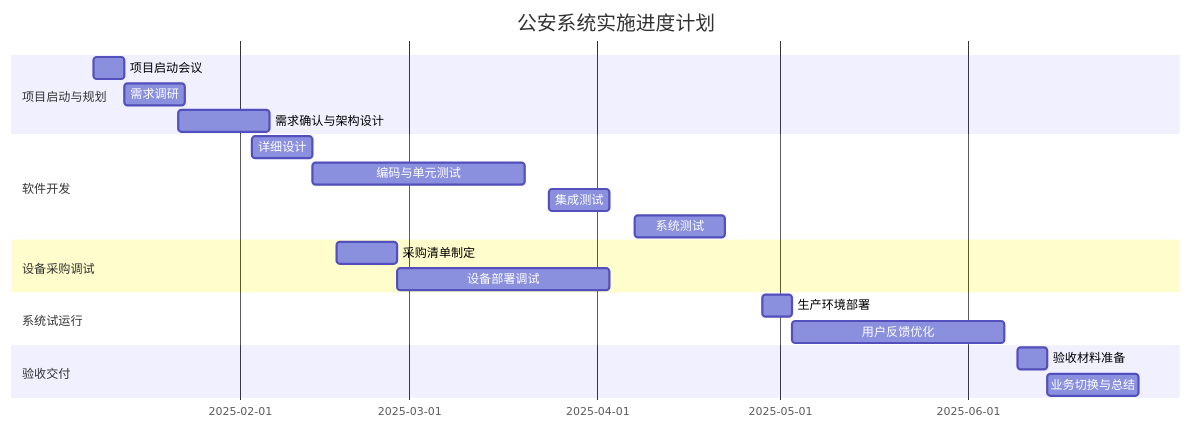
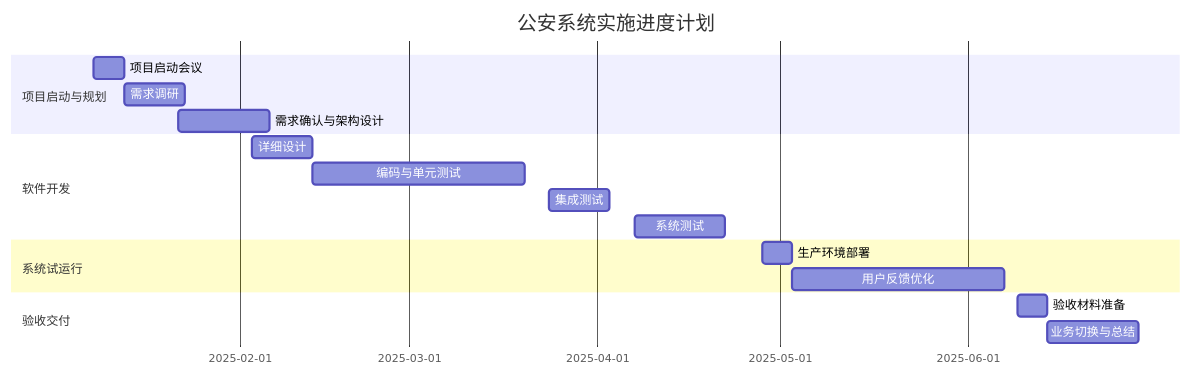
The diagram in all/未命名-1.md (CMTcode/iodraw-files), drawn with Mermaid before and after one commit.

Commit message:
2025-02-19 10:29:31 update

````diff
--- a/all/未命名-1.md
+++ b/all/未命名-1.md
@@ -1,29 +1,27 @@
 ```mermaid
 gantt
     title 公安系统实施进度计划
     dateFormat  YYYY-MM-DD
     axisFormat %Y-%m-%d
     
     section 项目启动与规划
     项目启动会议        :a1, 2025-01-08, 5d
     需求调研            :after a1, 10d
     需求确认与架构设计  :2025-01-22, 15d
     
     section 软件开发
     详细设计           :dev1, 2025-02-03, 10d
     编码与单元测试     :after dev1, 35d
     集成测试           :2025-03-24, 10d
     系统测试           :2025-04-07, 15d
     
-    section 设备采购调试
-    采购清单制定       :equip1, 2025-02-17, 10d
-    设备部署调试       :after equip1, 35d
+
     
     section 系统试运行
     生产环境部署       :run1, 2025-04-28, 5d
     用户反馈优化       :after run1, 35d
     
     section 验收交付
     验收材料准备       :final1, 2025-06-09, 5d
     业务切换与总结     :after final1, 15d
 ```
````
